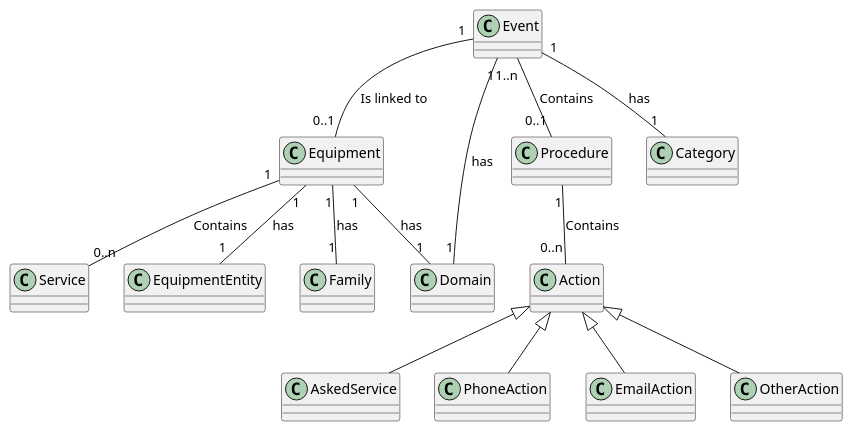
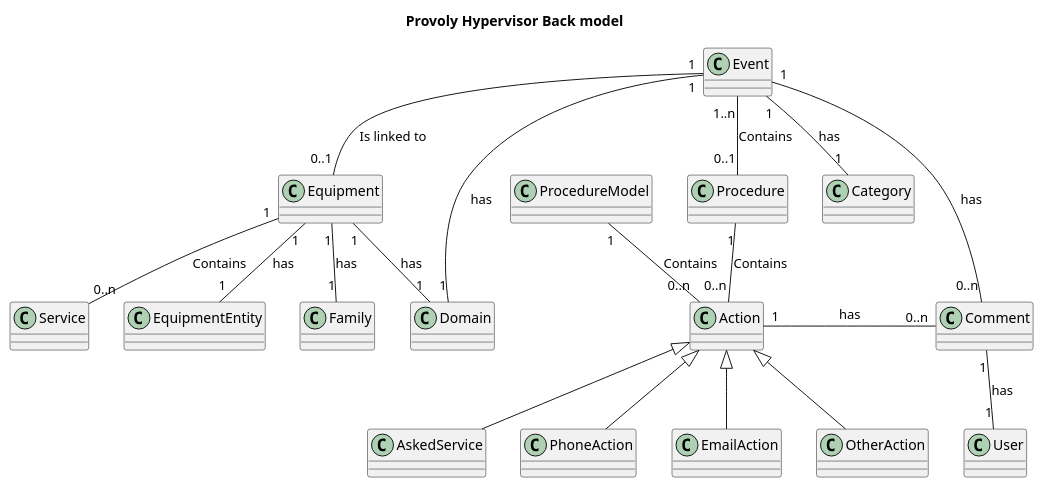
Before and after one commit to Provoly/provoly-hypervisor-back-public: the diagram in docs/modules/architecture/partials/diagrams/mcd.puml, drawn with PlantUML. The commit also changed 15 other files, not shown here.

```diff
--- a/docs/modules/architecture/partials/diagrams/mcd.puml
+++ b/docs/modules/architecture/partials/diagrams/mcd.puml
@@ -1,74 +1,84 @@
 @startuml
 
+title Provoly Hypervisor Back model
+
 class Event {
-
 }
 
-
 class Equipment {
-
 }
 
 class Procedure {
-
 }
 
+class ProcedureModel {
+}
 
 class Action {
-
 }
 
 class Service {
-
 }
 
 class AskedService {
 }
 
 class PhoneAction {
 }
 
 class EmailAction {
 }
 
 class OtherAction {
 }
 
-
 class EquipmentEntity {
 }
 
 class Family {
 }
 
 class Domain {
 }
 
 class Category {
 }
 
+class Comment {
+}
+
+class User {
+}
 
 
+
+Comment "1" -- "1" User: has
 Event "1" -- "1" Category: has
 
 Event "1" -- "1" Domain: has
 
 Event "1" -- "0..1" Equipment: Is linked to
 
+Event "1" -- "0..n" Comment: has
+
 Event "1..n" -- "0..1" Procedure: Contains
 
 Procedure "1" -- "0..n" Action: Contains
+ProcedureModel "1" -- "0..n" Action: Contains
+
 Equipment "1" -- "0..n" Service: Contains
 Equipment "1" -- "1" EquipmentEntity: has
 Equipment "1" -- "1" Family: has
 Equipment "1" -- "1" Domain: has
+
+Action "1" -r- "0..n" Comment: has
 
 Action <|-- AskedService
 Action <|-- PhoneAction
 Action <|-- OtherAction
 Action <|-- EmailAction
 
 
 
 
 @enduml
```
